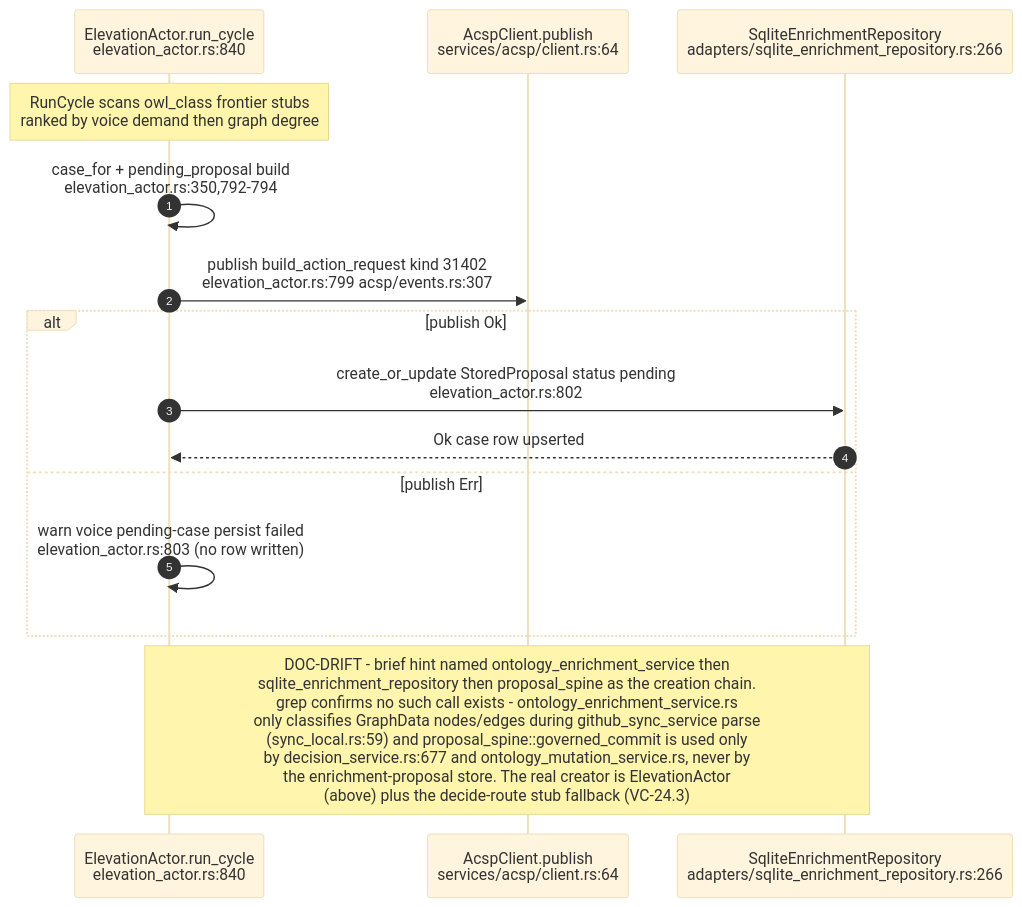
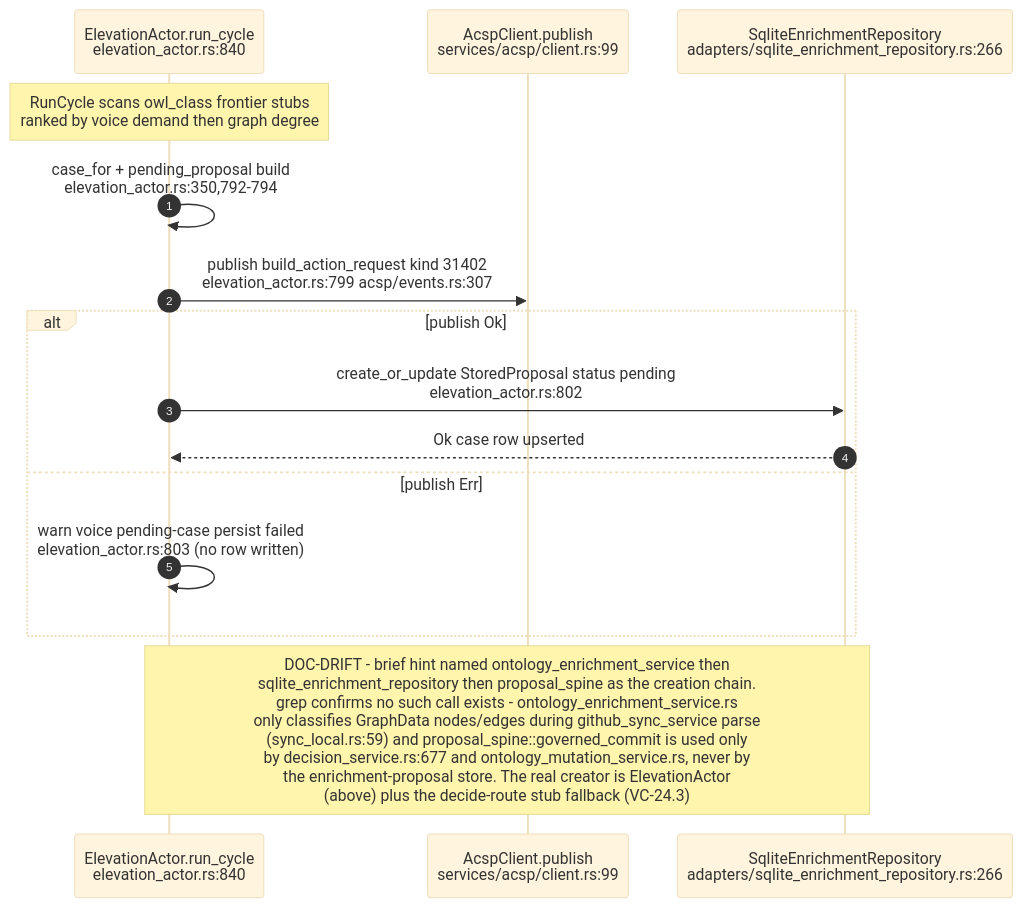
The second of 11 diagrams in docs/diagrams/visionclaw/24-acsp-decision-elevation.md (DreamLab-AI/AR-AI-Knowledge-Graph), drawn with Mermaid (base theme) before and after one commit. The commit also changed other lines of this file and 36 other files, not shown here.

````diff
--- a/docs/diagrams/visionclaw/24-acsp-decision-elevation.md
+++ b/docs/diagrams/visionclaw/24-acsp-decision-elevation.md
@@ -65,17 +65,17 @@
 ```mermaid
 sequenceDiagram
     autonumber
     participant EA as ElevationActor.run_cycle<br/>elevation_actor.rs:840
-    participant ACSP as AcspClient.publish<br/>services/acsp/client.rs:64
+    participant ACSP as AcspClient.publish<br/>services/acsp/client.rs:99
     participant REPO as SqliteEnrichmentRepository<br/>adapters/sqlite_enrichment_repository.rs:266
     Note over EA: RunCycle scans owl_class frontier stubs<br/>ranked by voice demand then graph degree
     EA->>EA: case_for + pending_proposal build<br/>elevation_actor.rs:350,792-794
     EA->>ACSP: publish build_action_request kind 31402<br/>elevation_actor.rs:799 acsp/events.rs:307
     alt publish Ok
         EA->>REPO: create_or_update StoredProposal status pending<br/>elevation_actor.rs:802
         REPO-->>EA: Ok case row upserted
     else publish Err
         EA->>EA: warn voice pending-case persist failed<br/>elevation_actor.rs:803 (no row written)
     end
     Note over EA,REPO: DOC-DRIFT - brief hint named ontology_enrichment_service then<br/>sqlite_enrichment_repository then proposal_spine as the creation chain.<br/>grep confirms no such call exists - ontology_enrichment_service.rs<br/>only classifies GraphData nodes/edges during github_sync_service parse<br/>(sync_local.rs:59) and proposal_spine::governed_commit is used only<br/>by decision_service.rs:677 and ontology_mutation_service.rs, never by<br/>the enrichment-proposal store. The real creator is ElevationActor<br/>(above) plus the decide-route stub fallback (VC-24.3)
 ```
````
